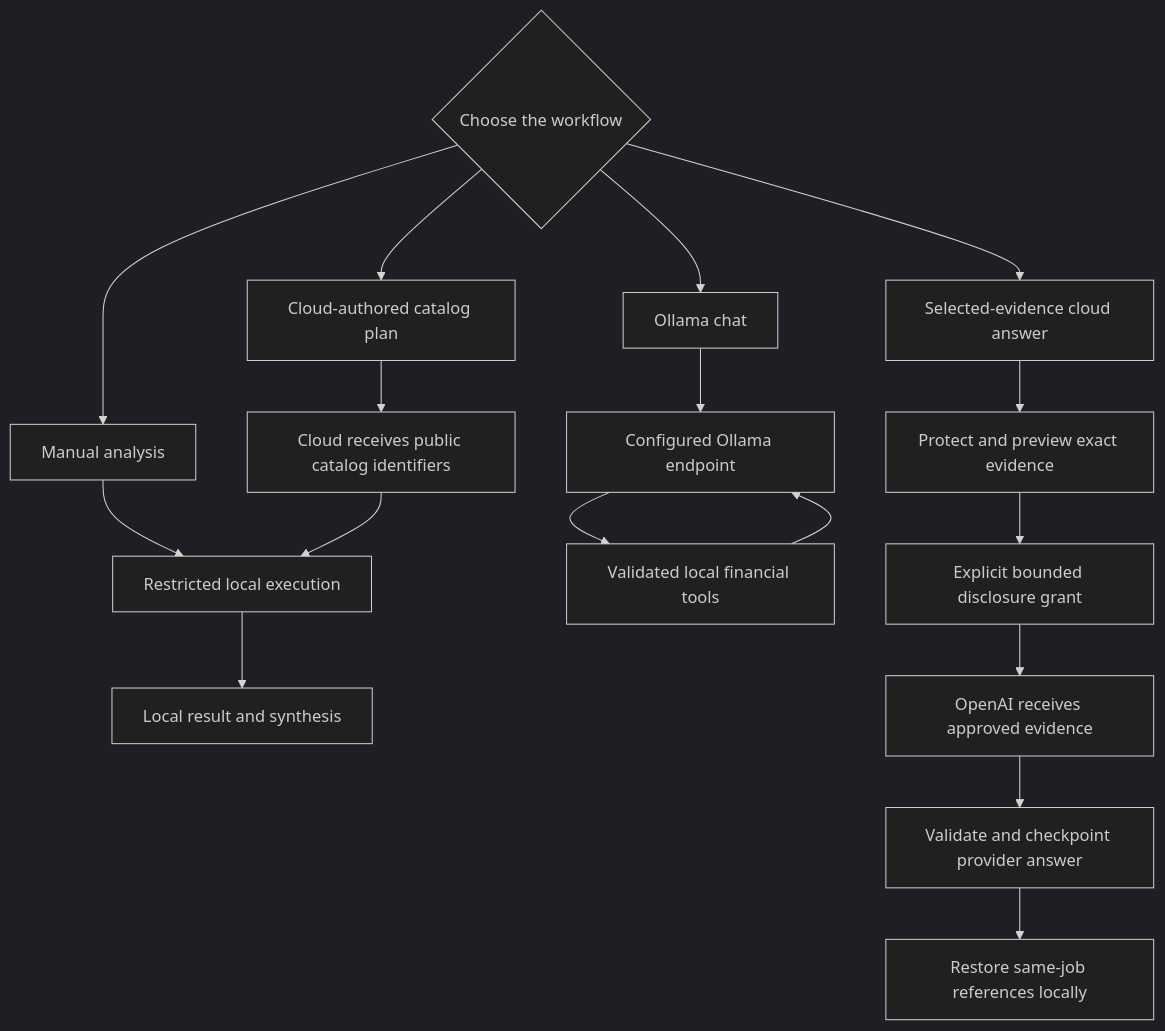
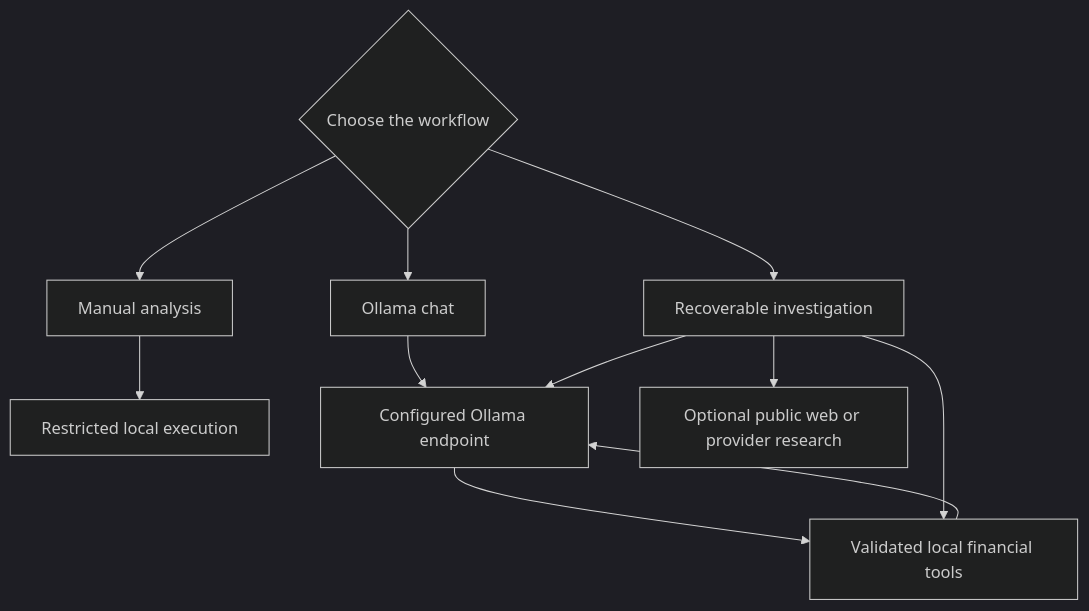
One commit to EraPartner/Vision changed the fifth of 6 diagrams in docs/guides/visual-learning.md. Above: the diagram before and after it, drawn with Mermaid (dark theme). The commit also changed other lines of this file and 146 other files, not shown here.

First line of the commit message:
feat(ai)!: remove the OpenAI, Codex and AgentCloak cloud routes (#336)

````diff
--- a/docs/guides/visual-learning.md
+++ b/docs/guides/visual-learning.md
@@ -128,20 +128,14 @@
 ```mermaid
 flowchart TD
     Choice{Choose the workflow}
     Choice --> Manual[Manual analysis]
     Manual --> Restricted[Restricted local execution]
     Choice --> Chat[Ollama chat]
     Chat --> Ollama[Configured Ollama endpoint]
     Ollama --> Tools[Validated local financial tools]
     Tools --> Ollama
-    Choice --> Catalog[Cloud-authored catalog plan]
-    Catalog --> Public[Cloud receives public catalog identifiers]
-    Public --> Restricted
-    Restricted --> LocalAnswer[Local result and synthesis]
-    Choice --> Evidence[Selected-evidence cloud answer]
-    Evidence --> Preview[Protect and preview exact evidence]
-    Preview --> Grant[Explicit bounded disclosure grant]
-    Grant --> Cloud[OpenAI receives approved evidence]
-    Cloud --> Checkpoint[Validate and checkpoint provider answer]
-    Checkpoint --> Restore[Restore same-job references locally]
+    Choice --> Investigation[Recoverable investigation]
+    Investigation --> Tools
+    Investigation --> Public[Optional public web or provider research]
+    Investigation --> Ollama
 ```
````
